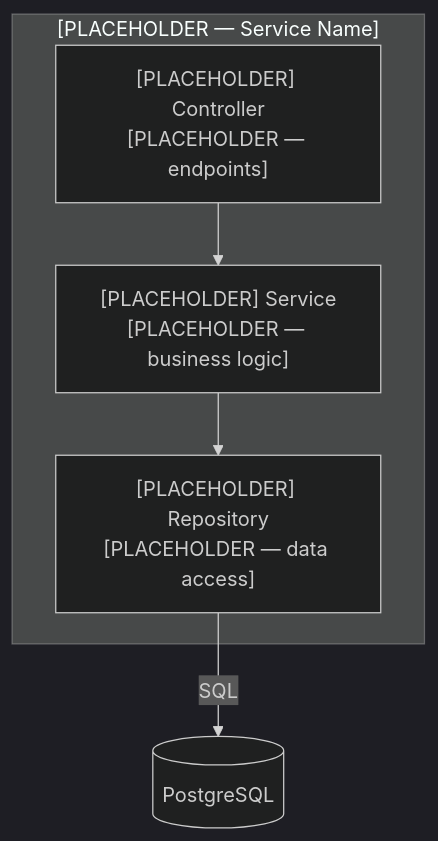
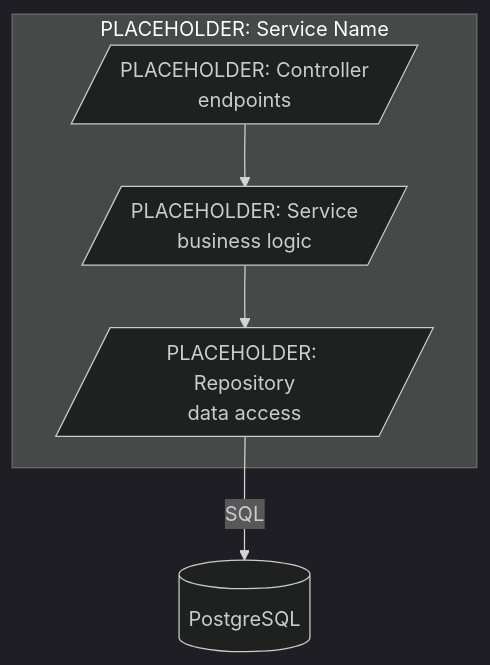
The fifth of 8 diagrams in architecture/technical-architecture.md (tonylnng/gateforge-blueprint-template), drawn with Mermaid (dark theme) before and after one commit. The commit also changed other lines of this file and 17 other files, not shown here.

````diff
--- a/architecture/technical-architecture.md
+++ b/architecture/technical-architecture.md
@@ -191,12 +220,14 @@
 ```mermaid
+%% Title: PLACEHOLDER Service — Component Diagram (C4 Level 3)
+%% Type:  flowchart
 flowchart TD
-    subgraph "[PLACEHOLDER — Service Name]"
-        Ctrl["[PLACEHOLDER] Controller\n[PLACEHOLDER — endpoints]"]
-        Svc["[PLACEHOLDER] Service\n[PLACEHOLDER — business logic]"]
-        Repo["[PLACEHOLDER] Repository\n[PLACEHOLDER — data access]"]
+    subgraph "PLACEHOLDER: Service Name"
+        Ctrl[/"PLACEHOLDER: Controller<br/>endpoints"/]
+        Svc[/"PLACEHOLDER: Service<br/>business logic"/]
+        Repo[/"PLACEHOLDER: Repository<br/>data access"/]
     end
 
     Ctrl --> Svc
     Svc --> Repo
     Repo -->|"SQL"| DB[("PostgreSQL")]
 ```
````
